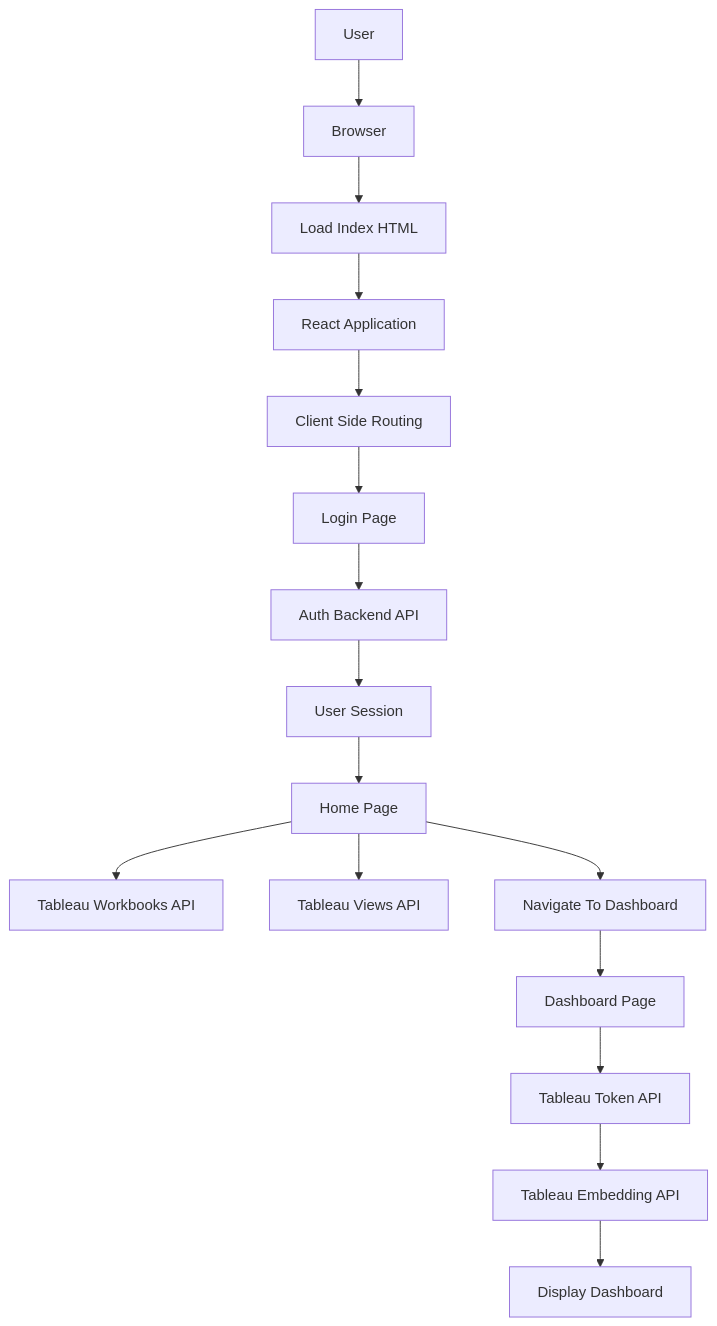
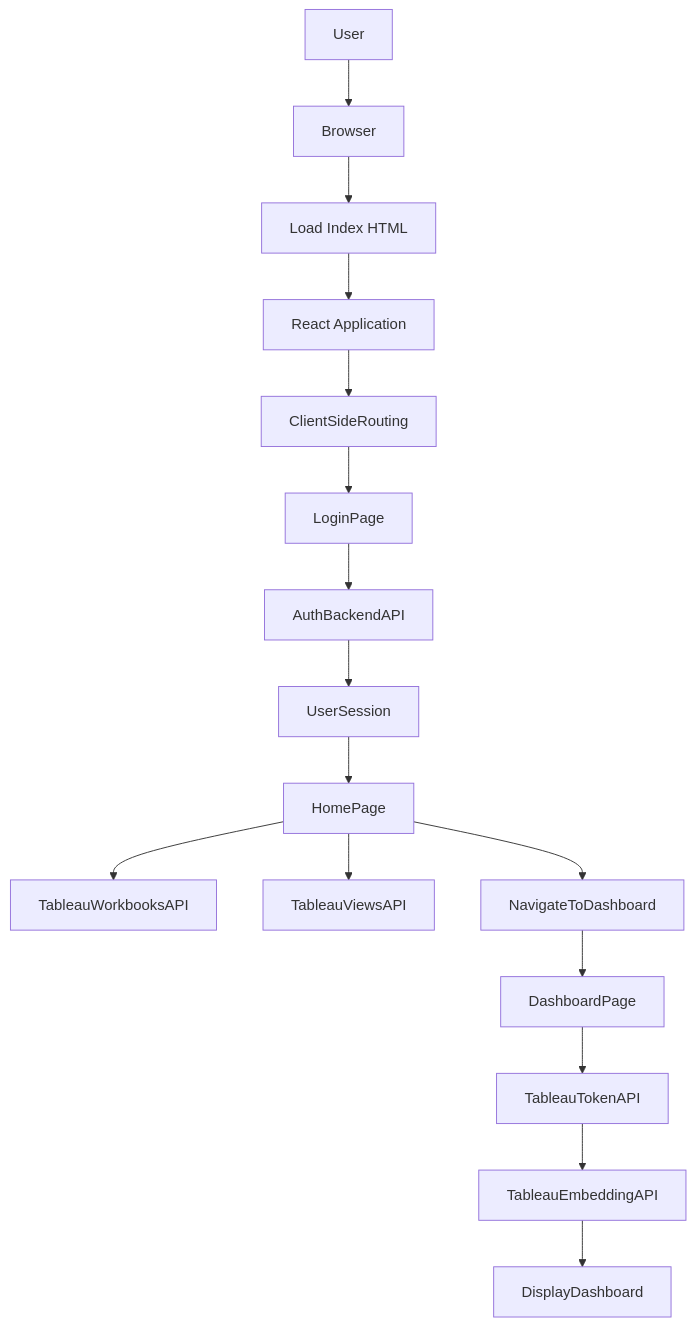
The second of 2 diagrams in docs/REPOSITORY_OVERVIEW.md (test-company-prowiz/tableau-frontend), drawn with Mermaid before and after one commit. The commit also changed other lines of this file, not shown here.

````diff
--- a/docs/REPOSITORY_OVERVIEW.md
+++ b/docs/REPOSITORY_OVERVIEW.md
@@ -74,18 +78,18 @@
 ```mermaid
 graph TD
 User[User] --> Browser[Browser]
 Browser --> LoadIndexHtml[Load Index HTML]
 LoadIndexHtml --> ReactApp[React Application]
-ReactApp --> ClientSideRouting[Client Side Routing]
-ClientSideRouting --> LoginPage[Login Page]
-LoginPage --> AuthBackendAPI[Auth Backend API]
-AuthBackendAPI --> UserSession[User Session]
-UserSession --> HomePage[Home Page]
-HomePage --> TableauWorkbooksAPI[Tableau Workbooks API]
-HomePage --> TableauViewsAPI[Tableau Views API]
-HomePage --> NavigateToDashboard[Navigate To Dashboard]
-NavigateToDashboard --> DashboardPage[Dashboard Page]
-DashboardPage --> TableauTokenAPI[Tableau Token API]
-TableauTokenAPI --> TableauEmbeddingAPI[Tableau Embedding API]
-TableauEmbeddingAPI --> DisplayDashboard[Display Dashboard]
+ReactApp --> ClientSideRouting[ClientSideRouting]
+ClientSideRouting --> LoginPage[LoginPage]
+LoginPage --> AuthBackendAPI[AuthBackendAPI]
+AuthBackendAPI --> UserSession[UserSession]
+UserSession --> HomePage[HomePage]
+HomePage --> TableauWorkbooksAPI[TableauWorkbooksAPI]
+HomePage --> TableauViewsAPI[TableauViewsAPI]
+HomePage --> NavigateToDashboard[NavigateToDashboard]
+NavigateToDashboard --> DashboardPage[DashboardPage]
+DashboardPage --> TableauTokenAPI[TableauTokenAPI]
+TableauTokenAPI --> TableauEmbeddingAPI[TableauEmbeddingAPI]
+TableauEmbeddingAPI --> DisplayDashboard[DisplayDashboard]
 ```
````
